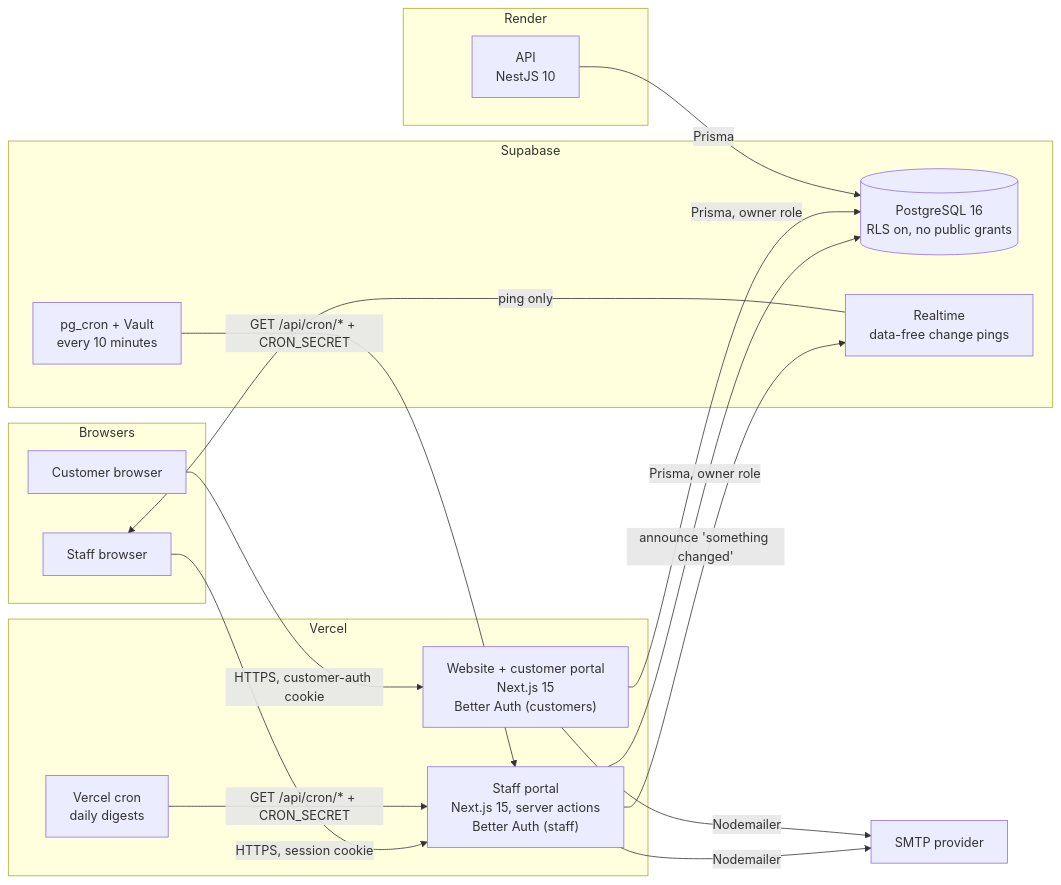
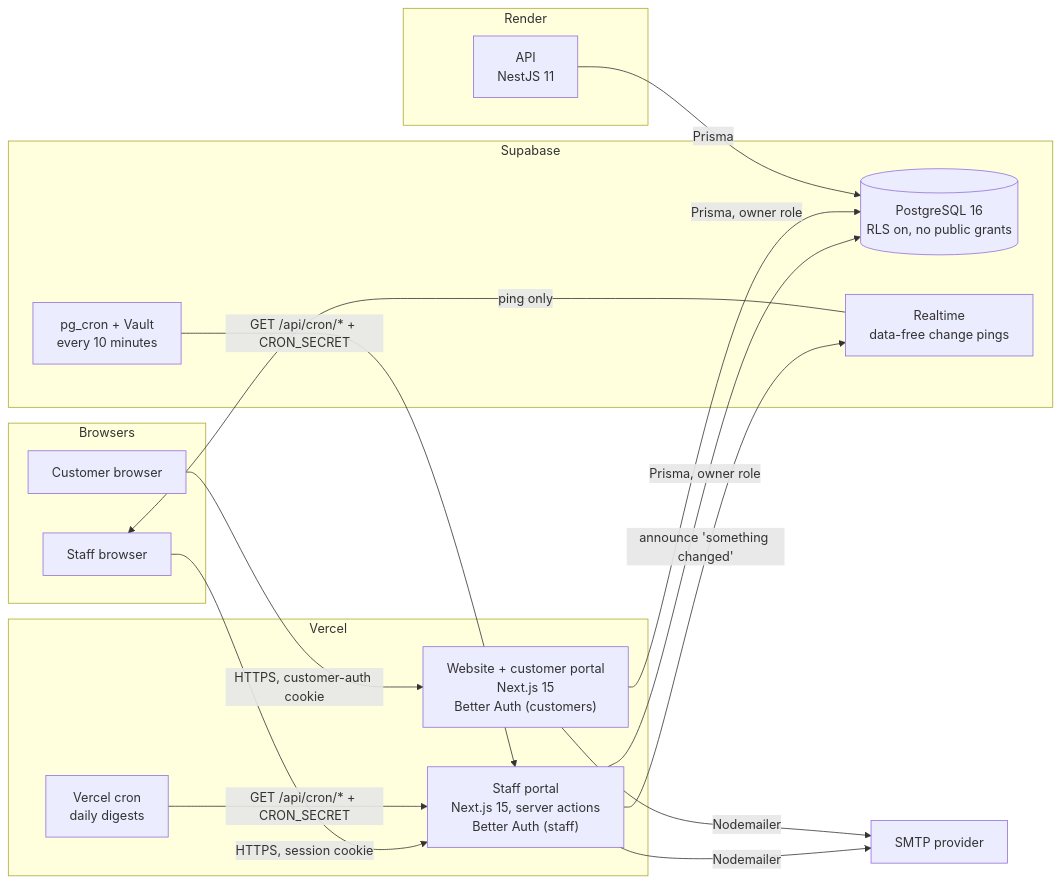
One commit to JusTech-Cxdxs/ejo100 changed the diagram in README.md. Above: the diagram before and after it, drawn with Mermaid. The commit also changed other lines of this file and 2 other files, not shown here.

````diff
--- a/README.md
+++ b/README.md
@@ -70,37 +70,37 @@
 ```mermaid
 flowchart LR
   subgraph Browsers
     S[Staff browser]
     C[Customer browser]
   end
 
   subgraph Vercel
     P["Staff portal<br/>Next.js 15, server actions<br/>Better Auth (staff)"]
     W["Website + customer portal<br/>Next.js 15<br/>Better Auth (customers)"]
     VC["Vercel cron<br/>daily digests"]
   end
 
   subgraph Render
-    A["API<br/>NestJS 10"]
+    A["API<br/>NestJS 11"]
   end
 
   subgraph Supabase
     DB[("PostgreSQL 16<br/>RLS on, no public grants")]
     RT["Realtime<br/>data-free change pings"]
     PC["pg_cron + Vault<br/>every 10 minutes"]
   end
 
   SMTP["SMTP provider"]
 
   S -->|HTTPS, session cookie| P
   C -->|HTTPS, customer-auth cookie| W
   P -->|Prisma, owner role| DB
   W -->|Prisma, owner role| DB
   A -->|Prisma| DB
   P -->|Nodemailer| SMTP
   W -->|Nodemailer| SMTP
   P -->|"announce 'something changed'"| RT
   RT -->|ping only| S
   VC -->|"GET /api/cron/* + CRON_SECRET"| P
   PC -->|"GET /api/cron/* + CRON_SECRET"| P
 ```
````
